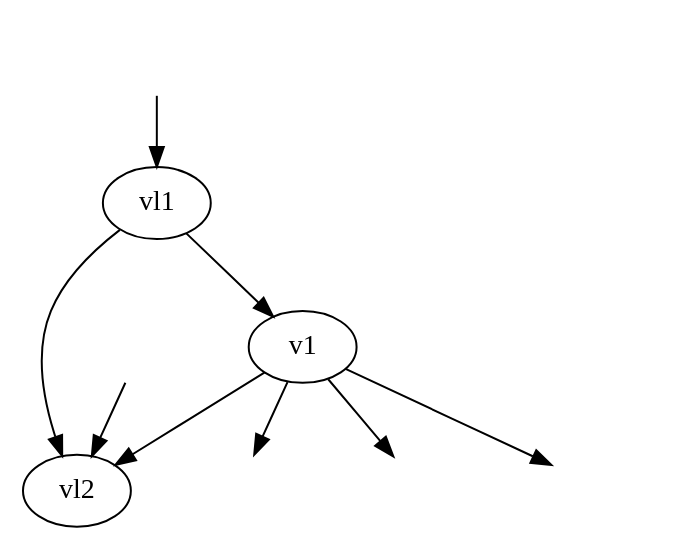
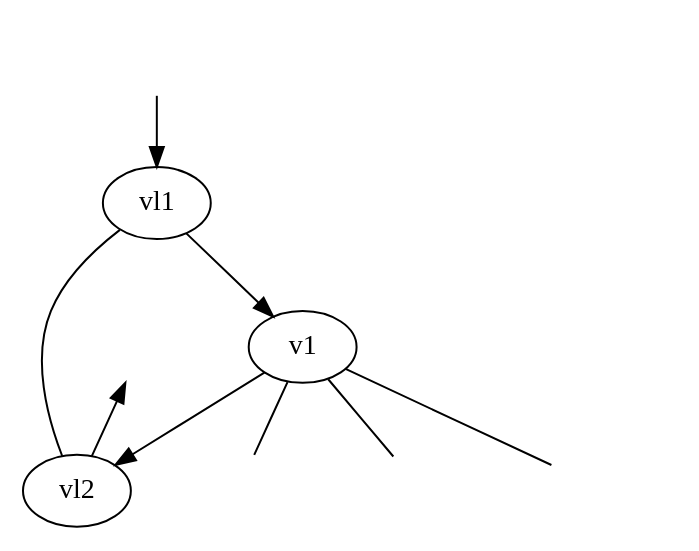
Before and after one commit to alphal00p/alphaLoopMisc: the diagram in AmplitudeSubtractionBenchmark/dot_graphs/loop_graphs/ir_ct.dot, drawn with Graphviz. The commit also changed other lines of this file and 13 other files, not shown here.

```diff
--- a/AmplitudeSubtractionBenchmark/dot_graphs/loop_graphs/ir_ct.dot
+++ b/AmplitudeSubtractionBenchmark/dot_graphs/loop_graphs/ir_ct.dot
@@ -1,22 +1,23 @@
 digraph ir_ct{
-    num = "-1/4*G^2*(-(-P(2,spenso::mink(4,python::mu7))-Q(6,spenso::mink(4,python::mu7)))+P(1,spenso::mink(4,python::mu7)))*(-P(2,spenso::mink(4,python::mu2))-Q(7,spenso::mink(4,python::mu2)))*(P(1,spenso::cind(0))*P(2,spenso::cind(0))-P(1,spenso::cind(1))*P(2,spenso::cind(1))-P(1,spenso::cind(2))*P(2,spenso::cind(2))-P(1,spenso::cind(3))*P(2,spenso::cind(3)))^-2*spenso::gamma(spenso::bis(4,python::tree_form_factor_spinor_1),spenso::bis(4,python::s5),spenso::mink(4,python::mu5))*spenso::gamma(spenso::bis(4,python::s1),spenso::bis(4,python::s2),spenso::mink(4,python::mu2))*spenso::gamma(spenso::bis(4,python::s2),spenso::bis(4,python::s3),spenso::mink(4,python::mu3))*spenso::gamma(spenso::bis(4,python::s3),spenso::bis(4,python::tree_form_factor_spinor_2),spenso::mink(4,python::mu4))*spenso::gamma(spenso::bis(4,python::s4),spenso::bis(4,python::s6),spenso::mink(4,python::mu7))*spenso::gamma(spenso::bis(4,python::s5),spenso::bis(4,python::s4),spenso::mink(4,python::mu6))*spenso::gamma(spenso::bis(4,python::s6),spenso::bis(4,hedge(1)),spenso::mink(4,python::mu1))*spenso::gamma(spenso::bis(4,hedge(2)),spenso::bis(4,python::s1),spenso::mink(4,python::mu1))*P(1,spenso::mink(4,python::mu3))*P(1,spenso::mink(4,python::mu5))*P(2,spenso::mink(4,python::mu4))*P(2,spenso::mink(4,python::mu6))";
+    num = "((-1*P(2,spenso::mink(4,mu7))+-1*Q(6,spenso::mink(4,mu7)))*-1+P(1,spenso::mink(4,mu7)))*(-1*P(1,spenso::cind(1))*P(2,spenso::cind(1))+-1*P(1,spenso::cind(2))*P(2,spenso::cind(2))+-1*P(1,spenso::cind(3))*P(2,spenso::cind(3))+P(1,spenso::cind(0))*P(2,spenso::cind(0)))^(-2)*(-1*P(2,spenso::mink(4,mu2))+-1*Q(7,spenso::mink(4,mu2)))*-1/4*P(1,spenso::mink(4,mu3))*P(1,spenso::mink(4,mu5))*P(2,spenso::mink(4,mu4))*P(2,spenso::mink(4,mu6))*UFO::G^2*spenso::gamma(spenso::bis(4,hedge(2)),spenso::bis(4,s1),spenso::mink(4,mu1))*spenso::gamma(spenso::bis(4,s1),spenso::bis(4,s2),spenso::mink(4,mu2))*spenso::gamma(spenso::bis(4,s2),spenso::bis(4,s3),spenso::mink(4,mu3))*spenso::gamma(spenso::bis(4,s3),spenso::bis(4,tree_form_factor_spinor_2),spenso::mink(4,mu4))*spenso::gamma(spenso::bis(4,s4),spenso::bis(4,s6),spenso::mink(4,mu7))*spenso::gamma(spenso::bis(4,s5),spenso::bis(4,s4),spenso::mink(4,mu6))*spenso::gamma(spenso::bis(4,s6),spenso::bis(4,hedge(1)),spenso::mink(4,mu1))*spenso::gamma(spenso::bis(4,tree_form_factor_spinor_1),spenso::bis(4,s5),spenso::mink(4,mu5))";
     overall_factor = "1";
-    projector = "-1/27*ee^3*spenso::CF*(P(1,spenso::mink(4,edge(5,1)))-P(3,spenso::mink(4,edge(5,1))))*(P(1,spenso::mink(4,edge(6,1)))-P(3,spenso::mink(4,edge(6,1)))-P(4,spenso::mink(4,edge(6,1))))*((P(1,spenso::cind(0))-P(3,spenso::cind(0)))^2-(P(1,spenso::cind(1))-P(3,spenso::cind(1)))^2-(P(1,spenso::cind(2))-P(3,spenso::cind(2)))^2-(P(1,spenso::cind(3))-P(3,spenso::cind(3)))^2)^-1*((P(1,spenso::cind(0))-P(3,spenso::cind(0))-P(4,spenso::cind(0)))^2-(P(1,spenso::cind(1))-P(3,spenso::cind(1))-P(4,spenso::cind(1)))^2-(P(1,spenso::cind(2))-P(3,spenso::cind(2))-P(4,spenso::cind(2)))^2-(P(1,spenso::cind(3))-P(3,spenso::cind(3))-P(4,spenso::cind(3)))^2)^-1*spenso::gamma(spenso::bis(4,python::tree_form_factor_spinor_2),spenso::bis(4,hedge(8)),spenso::mink(4,hedge(0)))*spenso::gamma(spenso::bis(4,hedge(5)),spenso::bis(4,python::tree_form_factor_spinor_1),spenso::mink(4,hedge(3)))*spenso::gamma(spenso::bis(4,hedge(7)),spenso::bis(4,hedge(6)),spenso::mink(4,hedge(4)))*spenso::gamma(spenso::bis(4,hedge(6)),spenso::bis(4,hedge(5)),spenso::mink(4,edge(5,1)))*spenso::gamma(spenso::bis(4,hedge(8)),spenso::bis(4,hedge(7)),spenso::mink(4,edge(6,1)))*u(1,spenso::bis(4,hedge(1)))*vbar(2,spenso::bis(4,hedge(2)))*ϵbar(0,spenso::mink(4,hedge(0)))*ϵbar(3,spenso::mink(4,hedge(3)))*ϵbar(4,spenso::mink(4,hedge(4)))";
+    overall_factor_evaluated = "1";
+    projector = "((-1*P(3,spenso::cind(0))+-1*P(4,spenso::cind(0))+P(1,spenso::cind(0)))^2+(-1*P(3,spenso::cind(1))+-1*P(4,spenso::cind(1))+P(1,spenso::cind(1)))^2*-1+(-1*P(3,spenso::cind(2))+-1*P(4,spenso::cind(2))+P(1,spenso::cind(2)))^2*-1+(-1*P(3,spenso::cind(3))+-1*P(4,spenso::cind(3))+P(1,spenso::cind(3)))^2*-1)^(-1)*((-1*P(3,spenso::cind(0))+P(1,spenso::cind(0)))^2+(-1*P(3,spenso::cind(1))+P(1,spenso::cind(1)))^2*-1+(-1*P(3,spenso::cind(2))+P(1,spenso::cind(2)))^2*-1+(-1*P(3,spenso::cind(3))+P(1,spenso::cind(3)))^2*-1)^(-1)*(-1*P(3,spenso::mink(4,edge(5,1)))+P(1,spenso::mink(4,edge(5,1))))*(-1*P(3,spenso::mink(4,edge(6,1)))+-1*P(4,spenso::mink(4,edge(6,1)))+P(1,spenso::mink(4,edge(6,1))))*1𝑖*UFO::GC_1^3*spenso::CF*spenso::gamma(spenso::bis(4,hedge(5)),spenso::bis(4,tree_form_factor_spinor_1),spenso::mink(4,hedge(3)))*spenso::gamma(spenso::bis(4,hedge(6)),spenso::bis(4,hedge(5)),spenso::mink(4,edge(5,1)))*spenso::gamma(spenso::bis(4,hedge(7)),spenso::bis(4,hedge(6)),spenso::mink(4,hedge(4)))*spenso::gamma(spenso::bis(4,hedge(8)),spenso::bis(4,hedge(7)),spenso::mink(4,edge(6,1)))*spenso::gamma(spenso::bis(4,tree_form_factor_spinor_2),spenso::bis(4,hedge(8)),spenso::mink(4,hedge(0)))*u(1,spenso::bis(4,hedge(1)))*vbar(2,spenso::bis(4,hedge(2)))*ϵbar(0,spenso::mink(4,hedge(0)))*ϵbar(3,spenso::mink(4,hedge(3)))*ϵbar(4,spenso::mink(4,hedge(4)))";
 
 	v1 [dod=-100 num="1"];
 	vl1 [dod=-100 num="1"];
 	vl2 [dod=-100 num="1"];
 	exte0	 [style=invis];
-	v1:0	-> exte0	 [id=0 source=0  dod=-100 is_dummy=false lmb_rep="P(1,a___)+P(2,a___)-P(3,a___)-P(4,a___)" mass="0" name=e0 num="1"];
+	v1:0	-> exte0	 [id=0 dir=none source=0  dod=-100 is_dummy=false lmb_rep="-1*P(3,a___)+-1*P(4,a___)+P(1,a___)+P(2,a___)" name=e0 num="1" particle="a" pin="x:@-left"];
 	exte1	 [style=invis];
-	exte1	-> vl1:1	 [id=1 sink=0  dod=-100 is_dummy=false lmb_rep="P(1,a___)" name=e1 num="1" particle="d"];
+	exte1	-> vl1:1	 [id=1 sink=0  dod=-100 is_dummy=false lmb_rep="P(1,a___)" name=e1 num="1" particle="d" pin="x:@+right"];
 	exte2	 [style=invis];
-	exte2	-> vl2:2	 [id=2 sink=0  dod=-100 is_dummy=false lmb_rep="P(2,a___)" name=e2 num="1" particle="d~"];
+	exte2	-> vl2:2	 [id=2 dir=back sink=0  dod=-100 is_dummy=false lmb_rep="P(2,a___)" name=e2 num="1" particle="d~" pin="x:@+right"];
 	exte3	 [style=invis];
-	v1:3	-> exte3	 [id=3 source=1  dod=-100 is_dummy=false lmb_rep="P(3,a___)" mass="0" name=e3 num="1"];
+	v1:3	-> exte3	 [id=3 dir=none source=1  dod=-100 is_dummy=false lmb_rep="P(3,a___)" name=e3 num="1" particle="a" pin="x:@-left"];
 	exte4	 [style=invis];
-	v1:4	-> exte4	 [id=4 source=2  dod=-100 is_dummy=false lmb_rep="P(4,a___)" mass="0" name=e4 num="1"];
-	vl1:7	-> v1:8	 [id=5 source=1 sink=4  dod=-100 is_dummy=false lmb_rep="P(1,a___)-K(0,a___)" name=e5 num="1" particle="d"];
-	v1:5	-> vl2:6	 [id=6 source=3 sink=1  dod=-100 is_dummy=false lmb_rep="-P(2,a___)-K(0,a___)" name=e6 num="1" particle="d"];
-	vl1:9	-> vl2:10	 [id=7 source=2 sink=2  dod=-100 is_dummy=false lmb_id=0 lmb_rep="K(0,a___)" name=e7 num="1" particle="g"];
+	v1:4	-> exte4	 [id=4 dir=none source=2  dod=-100 is_dummy=false lmb_rep="P(4,a___)" name=e4 num="1" particle="a" pin="x:@-left"];
+	vl1:7	-> v1:8	 [id=5 source=1 sink=4  dod=-100 is_dummy=false lmb_rep="-1*K(0,a___)+P(1,a___)" name=e5 num="1" particle="d"];
+	v1:5	-> vl2:6	 [id=6 source=3 sink=1  dod=-100 is_dummy=false lmb_rep="-1*K(0,a___)+-1*P(2,a___)" name=e6 num="1" particle="d"];
+	vl1:9	-> vl2:10	 [id=7 dir=none source=2 sink=2  dod=-100 is_dummy=false lmb_id=0 lmb_rep="K(0,a___)" name=e7 num="1" particle="g"];
 }
```
